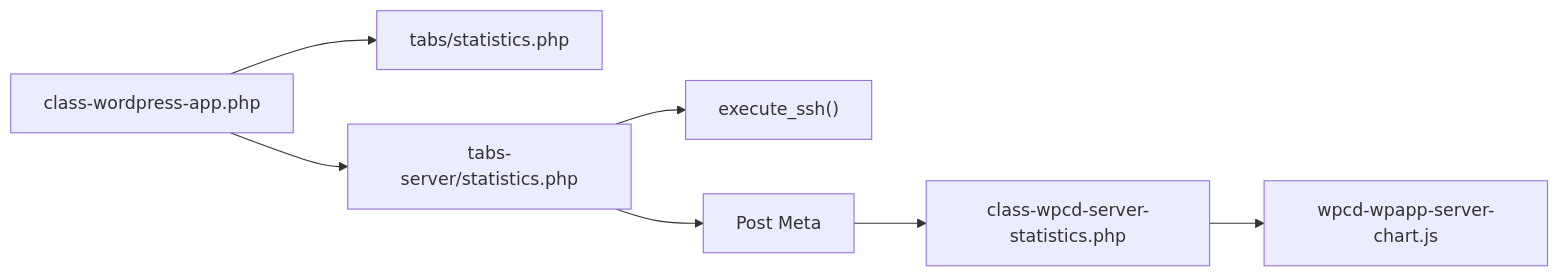
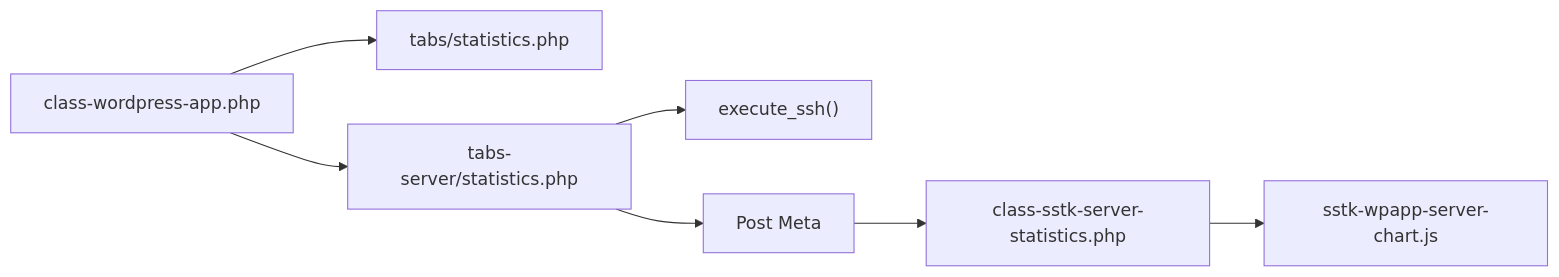
The sixth of 6 diagrams in .qoder/repowiki/en/content/Logging & Monitoring/System Monitoring & Metrics/Application Performance Metrics.md (onedogsolutions/simple-stack), drawn with Mermaid before and after one commit. The commit also changed other lines of this file and 5941 other files, not shown here.

````diff
--- a/.qoder/repowiki/en/content/Logging & Monitoring/System Monitoring & Metrics/Application Performance Metrics.md
+++ b/.qoder/repowiki/en/content/Logging & Monitoring/System Monitoring & Metrics/Application Performance Metrics.md
@@ -260,9 +260,9 @@
 ```mermaid
 graph LR
 WPApp["class-wordpress-app.php"] --> SiteTab["tabs/statistics.php"]
 WPApp --> SrvTab["tabs-server/statistics.php"]
 SrvTab --> SSH["execute_ssh()"]
 SrvTab --> Meta["Post Meta"]
-Meta --> Fmt["class-wpcd-server-statistics.php"]
-Fmt --> JS["wpcd-wpapp-server-chart.js"]
+Meta --> Fmt["class-sstk-server-statistics.php"]
+Fmt --> JS["sstk-wpapp-server-chart.js"]
 ```
````
